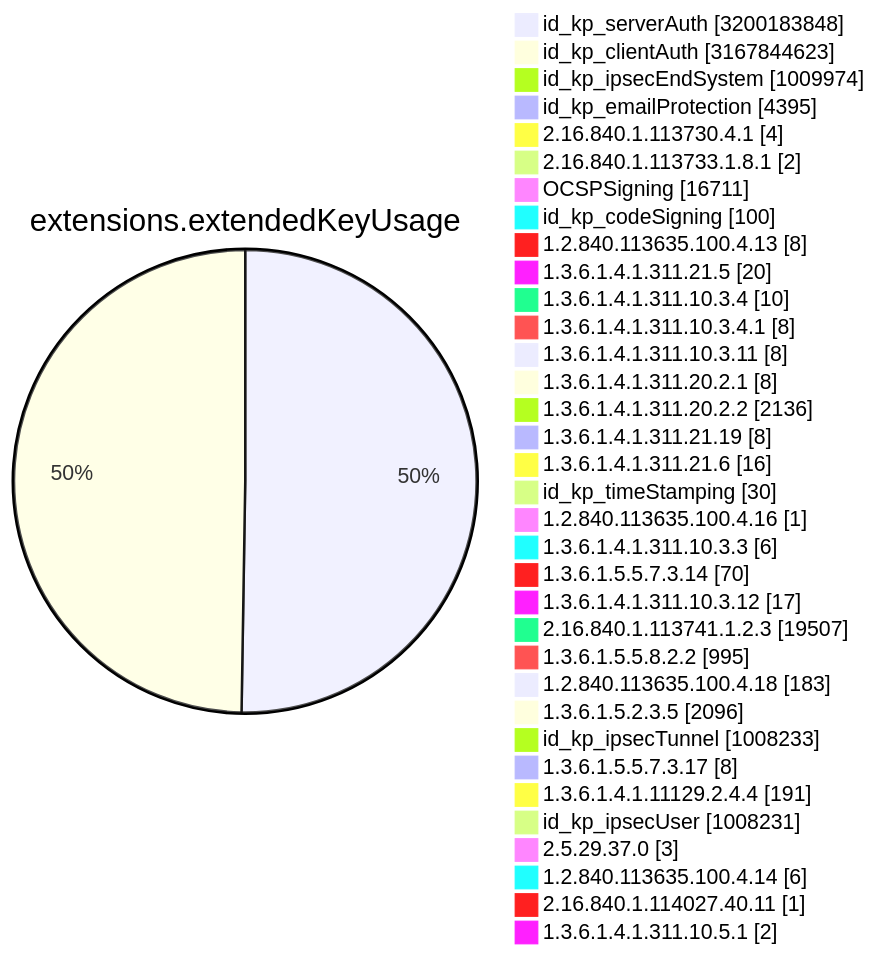
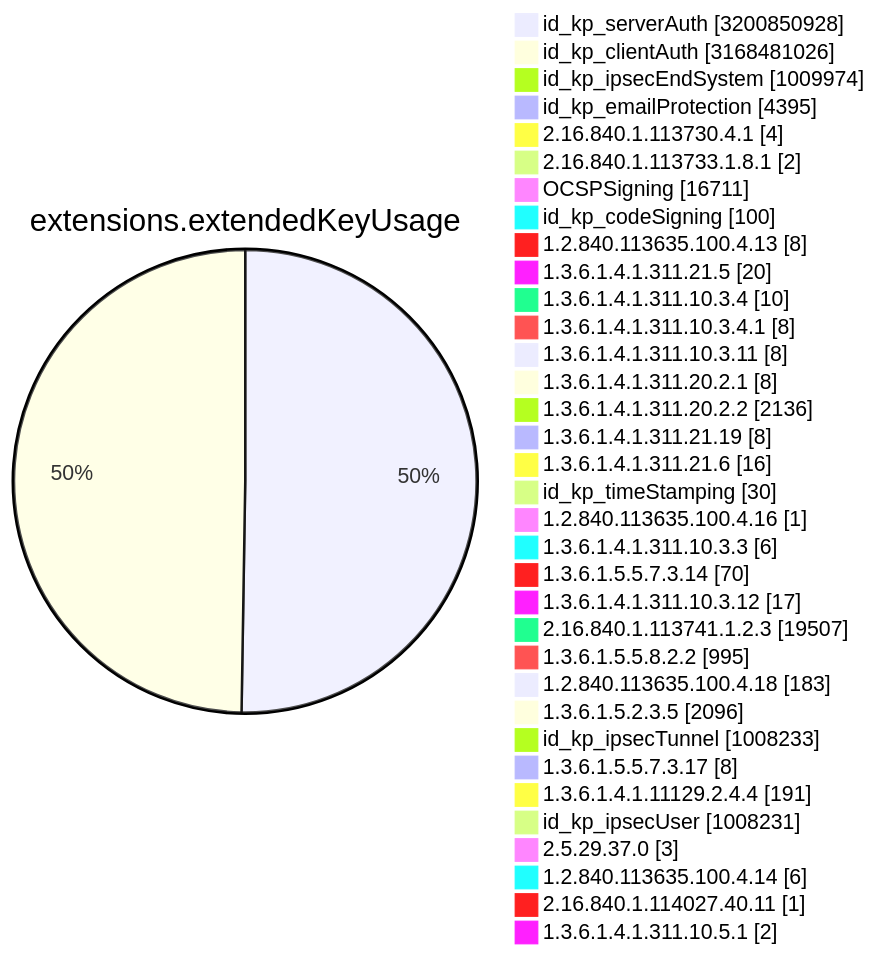
One commit to christiankrug/ctmonitor_visualization changed diagram 11 of 15 in TOTAL/README.md. Above: the diagram before and after it, drawn with Mermaid. The commit also changed other lines of this file, not shown here.

````diff
--- a/TOTAL/README.md
+++ b/TOTAL/README.md
@@ -4119,38 +4119,38 @@
 ```mermaid
 pie showData
 title extensions.extendedKeyUsage
-"id_kp_serverAuth" :3200183848
-"id_kp_clientAuth" :3167844623
+"id_kp_serverAuth" :3200850928
+"id_kp_clientAuth" :3168481026
 "id_kp_ipsecEndSystem" :1009974
 "id_kp_emailProtection" :4395
 "2.16.840.1.113730.4.1" :4
 "2.16.840.1.113733.1.8.1" :2
 "OCSPSigning" :16711
 "id_kp_codeSigning" :100
 "1.2.840.113635.100.4.13" :8
 "1.3.6.1.4.1.311.21.5" :20
 "1.3.6.1.4.1.311.10.3.4" :10
 "1.3.6.1.4.1.311.10.3.4.1" :8
 "1.3.6.1.4.1.311.10.3.11" :8
 "1.3.6.1.4.1.311.20.2.1" :8
 "1.3.6.1.4.1.311.20.2.2" :2136
 "1.3.6.1.4.1.311.21.19" :8
 "1.3.6.1.4.1.311.21.6" :16
 "id_kp_timeStamping" :30
 "1.2.840.113635.100.4.16" :1
 "1.3.6.1.4.1.311.10.3.3" :6
 "1.3.6.1.5.5.7.3.14" :70
 "1.3.6.1.4.1.311.10.3.12" :17
 "2.16.840.1.113741.1.2.3" :19507
 "1.3.6.1.5.5.8.2.2" :995
 "1.2.840.113635.100.4.18" :183
 "1.3.6.1.5.2.3.5" :2096
 "id_kp_ipsecTunnel" :1008233
 "1.3.6.1.5.5.7.3.17" :8
 "1.3.6.1.4.1.11129.2.4.4" :191
 "id_kp_ipsecUser" :1008231
 "2.5.29.37.0" :3
 "1.2.840.113635.100.4.14" :6
 "2.16.840.1.114027.40.11" :1
 "1.3.6.1.4.1.311.10.5.1" :2
 ```
````
